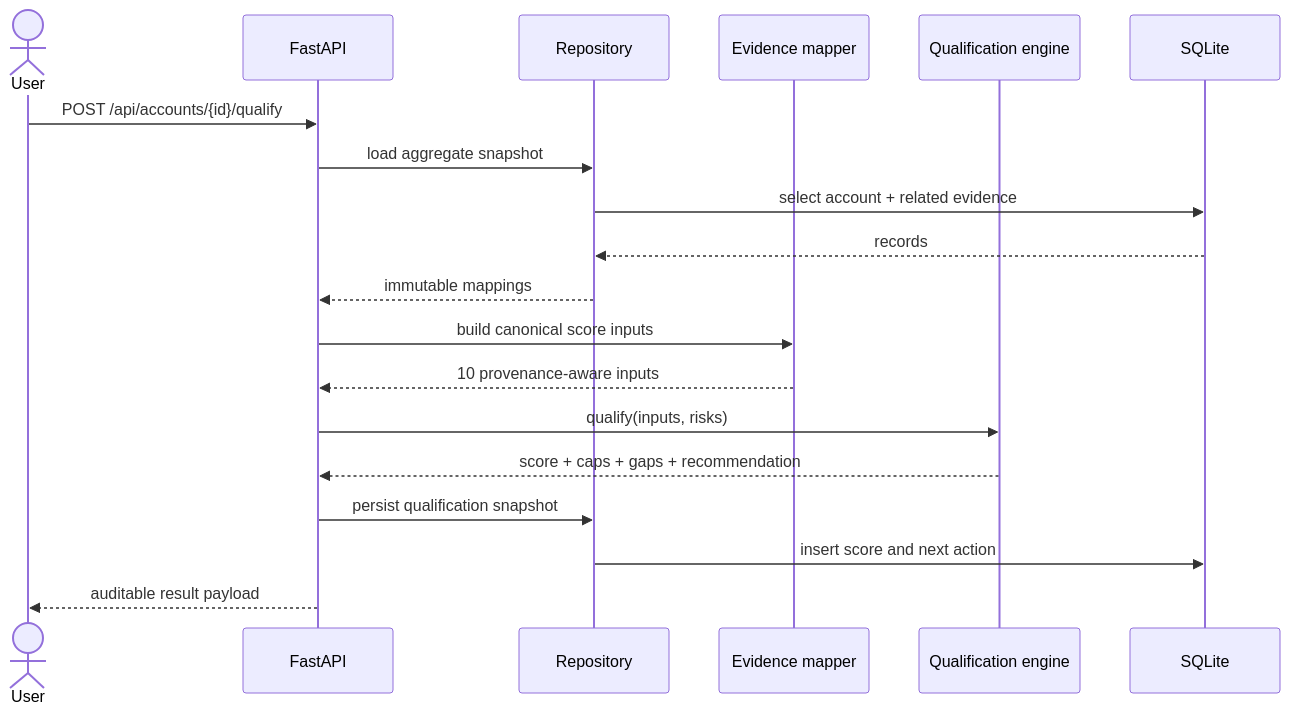
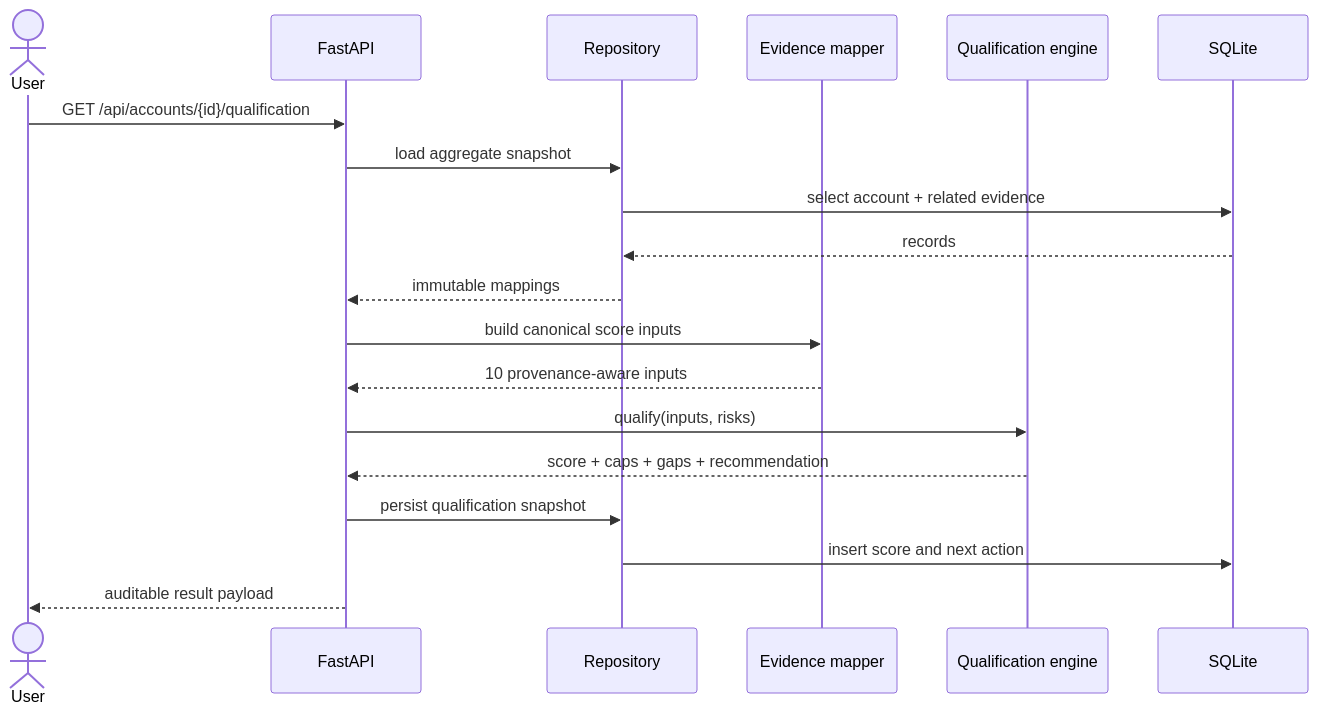
The second of 2 diagrams in docs/architecture.md (daetan999/ai-infra-opportunity-workbench), drawn with Mermaid before and after one commit. The commit also changed 9 other files, not shown here.

````diff
--- a/docs/architecture.md
+++ b/docs/architecture.md
@@ -66,22 +66,22 @@
 ```mermaid
 sequenceDiagram
     actor User
     participant API as FastAPI
     participant Repo as Repository
     participant Map as Evidence mapper
     participant Score as Qualification engine
     participant DB as SQLite
 
-    User->>API: POST /api/accounts/{id}/qualify
+    User->>API: GET /api/accounts/{id}/qualification
     API->>Repo: load aggregate snapshot
     Repo->>DB: select account + related evidence
     DB-->>Repo: records
     Repo-->>API: immutable mappings
     API->>Map: build canonical score inputs
     Map-->>API: 10 provenance-aware inputs
     API->>Score: qualify(inputs, risks)
     Score-->>API: score + caps + gaps + recommendation
     API->>Repo: persist qualification snapshot
     Repo->>DB: insert score and next action
     API-->>User: auditable result payload
 ```
````
